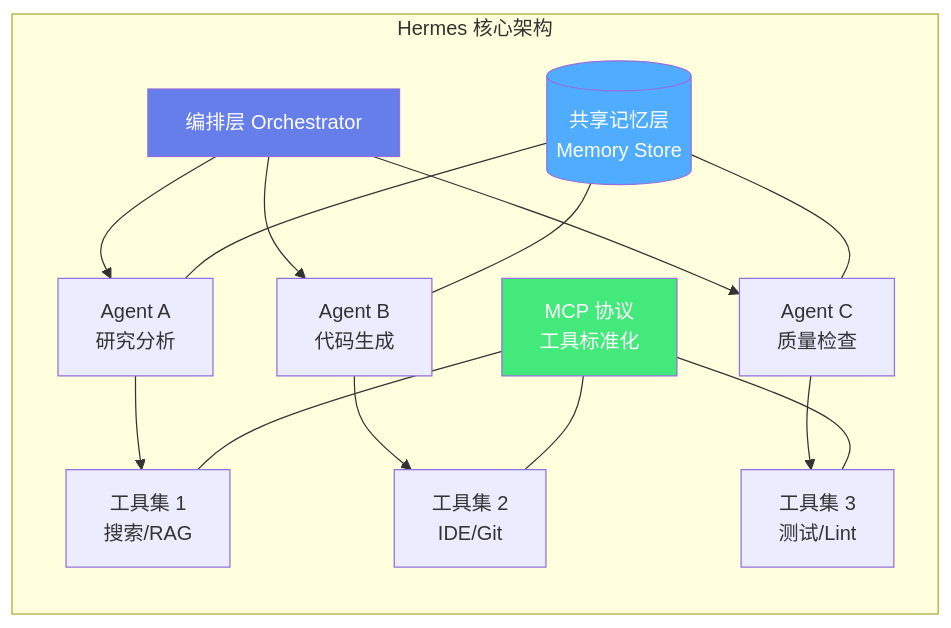
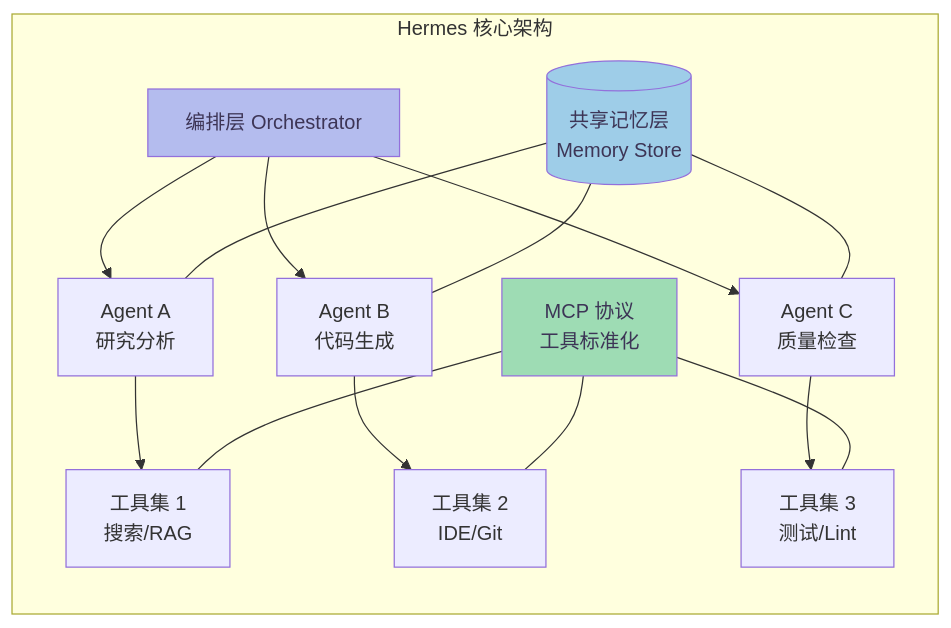
Before and after one commit to caoping0623/caoping0623.github.io: the ninth of 12 diagrams in _posts/2026-04-15-ai-agent.md, drawn with Mermaid. The commit also changed other lines of this file and 2 other files, not shown here.

First line of the commit message:
feat: apply soft macaron pastel color scheme with beige background and rounded diagram containers

```diff
--- a/_posts/2026-04-15-ai-agent.md
+++ b/_posts/2026-04-15-ai-agent.md
@@ -288,25 +288,25 @@
 <div class="mermaid">
 graph TB
     subgraph Hermes 核心架构
         direction TB
         O[编排层 Orchestrator] --> A1[Agent A<br/>研究分析]
         O --> A2[Agent B<br/>代码生成]
         O --> A3[Agent C<br/>质量检查]
 
         A1 --> T1[工具集 1<br/>搜索/RAG]
         A2 --> T2[工具集 2<br/>IDE/Git]
         A3 --> T3[工具集 3<br/>测试/Lint]
 
         MEM[(共享记忆层<br/>Memory Store)] --- A1
         MEM --- A2
         MEM --- A3
 
         MCP[MCP 协议<br/>工具标准化] --- T1
         MCP --- T2
         MCP --- T3
     end
 
-    style O fill:#667eea,color:#fff
-    style MEM fill:#4facfe,color:#fff
-    style MCP fill:#43e97b,color:#fff
+    style O fill:#b4bcee,color:#3d3556
+    style MEM fill:#9ecde8,color:#3d3556
+    style MCP fill:#9edcb4,color:#3d3556
 </div>
```
